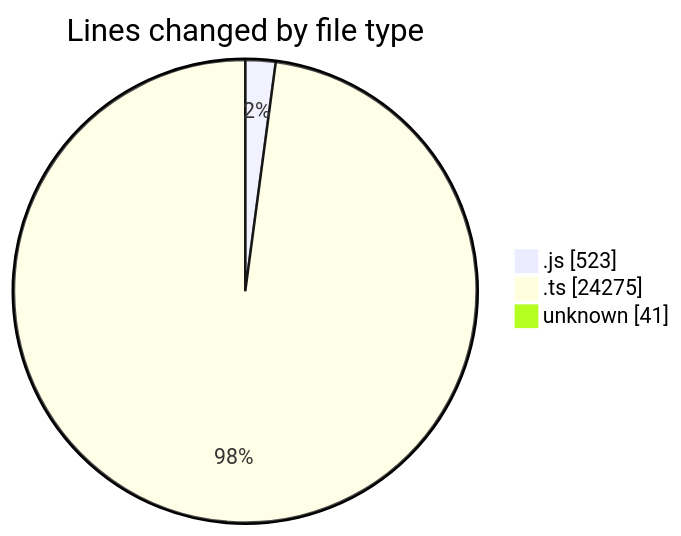
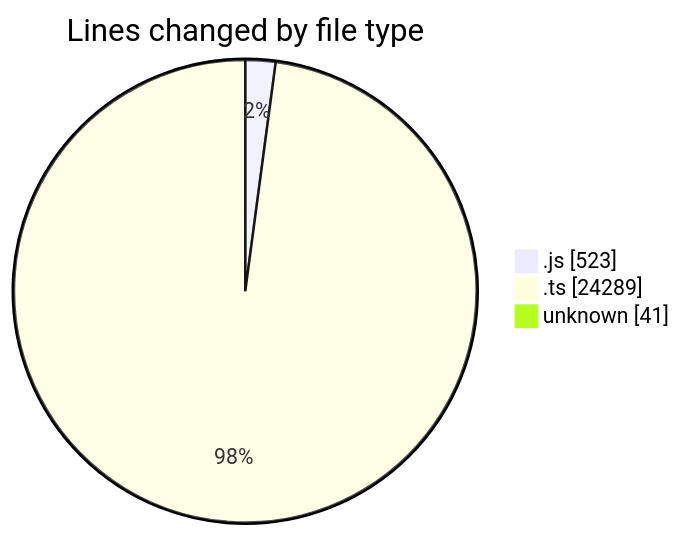
Before and after one commit to momahboobian/code-tracking: the first of 2 diagrams in 2025-08-15/cda/README.md, drawn with Mermaid. The commit also changed other lines of this file and 1 other file, not shown here.

````diff
--- a/2025-08-15/cda/README.md
+++ b/2025-08-15/cda/README.md
@@ -28,7 +28,7 @@
 ```mermaid
 pie showData
 title Lines changed by file type
 ".js" : 523
-".ts" : 24275
+".ts" : 24289
 "unknown" : 41
 ```
````
